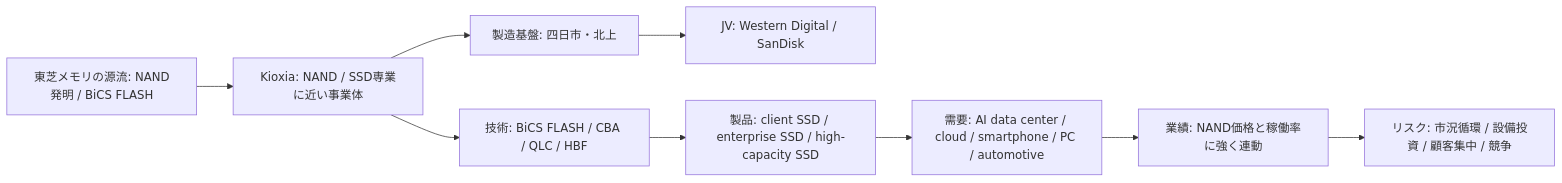
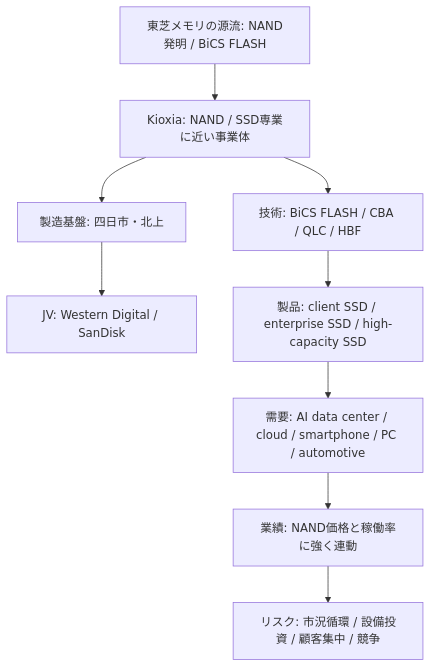
One commit to daylight55/research changed the first of 2 diagrams in category/semiconductor-memory/kioxia/report.md. Above: the diagram before and after it, drawn with Mermaid. The commit also changed other lines of this file and 2 other files, not shown here.

````diff
--- a/category/semiconductor-memory/kioxia/report.md
+++ b/category/semiconductor-memory/kioxia/report.md
@@ -23,11 +35,11 @@
 ```mermaid
-flowchart LR
+flowchart TB
   A["東芝メモリの源流: NAND発明 / BiCS FLASH"] --> B["Kioxia: NAND / SSD専業に近い事業体"]
   B --> C["製造基盤: 四日市・北上"]
   C --> D["JV: Western Digital / SanDisk"]
   B --> E["技術: BiCS FLASH / CBA / QLC / HBF"]
   E --> F["製品: client SSD / enterprise SSD / high-capacity SSD"]
   F --> G["需要: AI data center / cloud / smartphone / PC / automotive"]
   G --> H["業績: NAND価格と稼働率に強く連動"]
   H --> I["リスク: 市況循環 / 設備投資 / 顧客集中 / 競争"]
 ```
````
